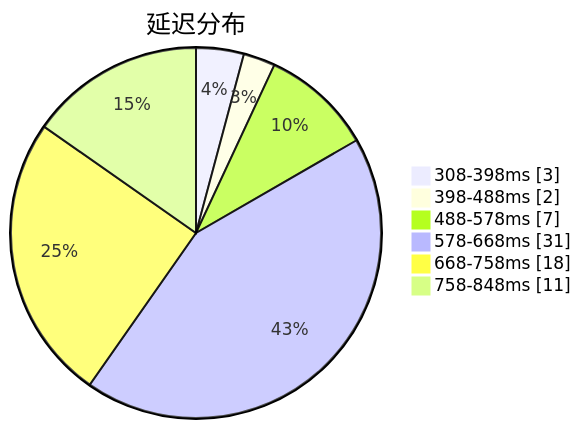
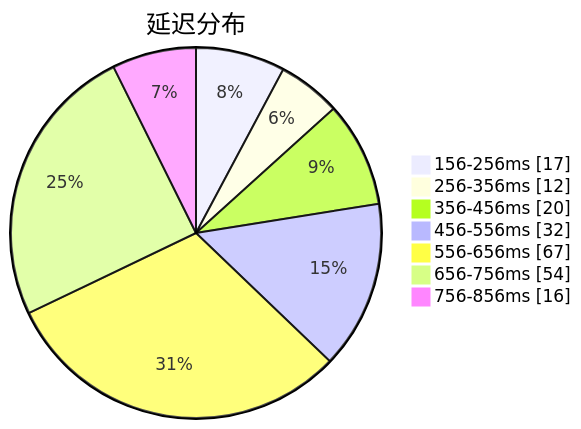
The first of 3 diagrams in subs/statistics/tested_within.md (qjlxg/airport), drawn with Mermaid before and after one commit. The commit also changed other lines of this file and 2 other files, not shown here.

Commit message:
Tested by metaST

````diff
--- a/subs/statistics/tested_within.md
+++ b/subs/statistics/tested_within.md
@@ -2,10 +2,11 @@
 ```mermaid
 pie showData
 title 延迟分布
-"308-398ms" : 3
-"398-488ms" : 2
-"488-578ms" : 7
-"578-668ms" : 31
-"668-758ms" : 18
-"758-848ms" : 11
+"156-256ms" : 17
+"256-356ms" : 12
+"356-456ms" : 20
+"456-556ms" : 32
+"556-656ms" : 67
+"656-756ms" : 54
+"756-856ms" : 16
 ```
````
